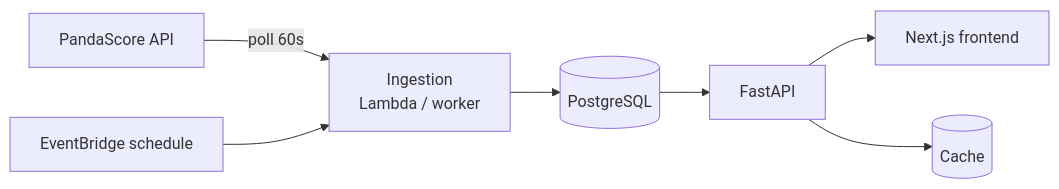
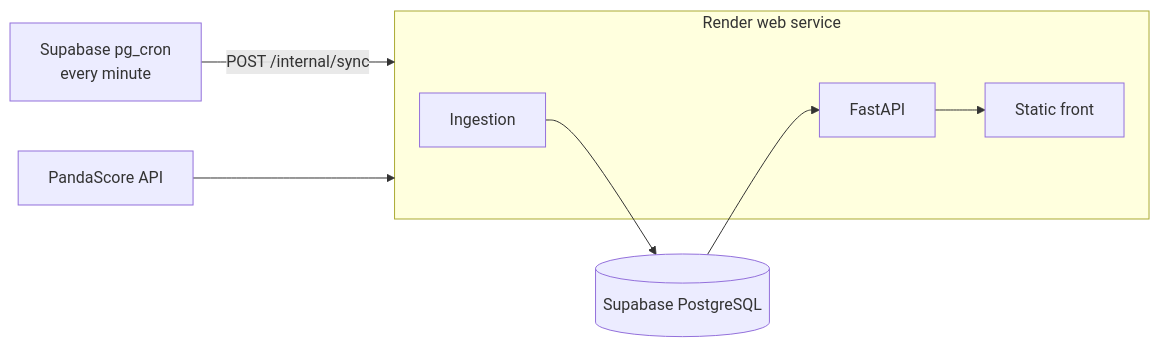
Before and after one commit to Medil11/Undercard: the diagram in docs/architecture.md, drawn with Mermaid. The commit also changed other lines of this file and 11 other files, not shown here.

````diff
--- a/docs/architecture.md
+++ b/docs/architecture.md
@@ -3,9 +3,13 @@
 ```mermaid
 flowchart LR
-    PS[PandaScore API] -->|poll 60s| ING[Ingestion<br/>Lambda / worker]
-    EB[EventBridge schedule] --> ING
-    ING --> DB[(PostgreSQL)]
-    DB --> API[FastAPI]
-    API --> FE[Next.js frontend]
-    API --> CACHE[(Cache)]
+    CRON[Supabase pg_cron<br/>every minute] -->|POST /internal/sync| APP
+    PS[PandaScore API] --> APP
+    subgraph APP[Render web service]
+        ING[Ingestion] 
+        API[FastAPI]
+        FE[Static front]
+    end
+    ING --> DB[(Supabase PostgreSQL)]
+    DB --> API
+    API --> FE
 ```
````
